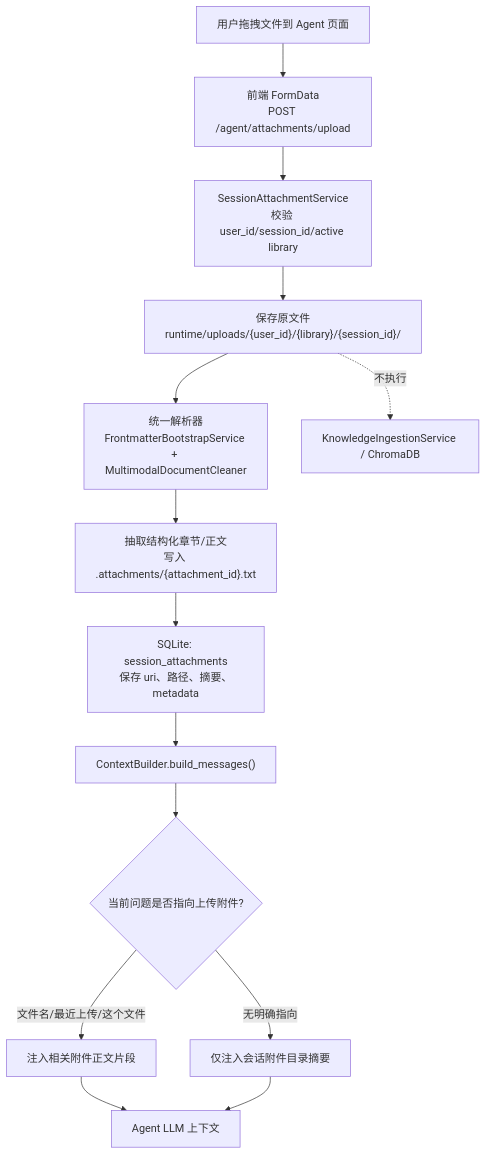
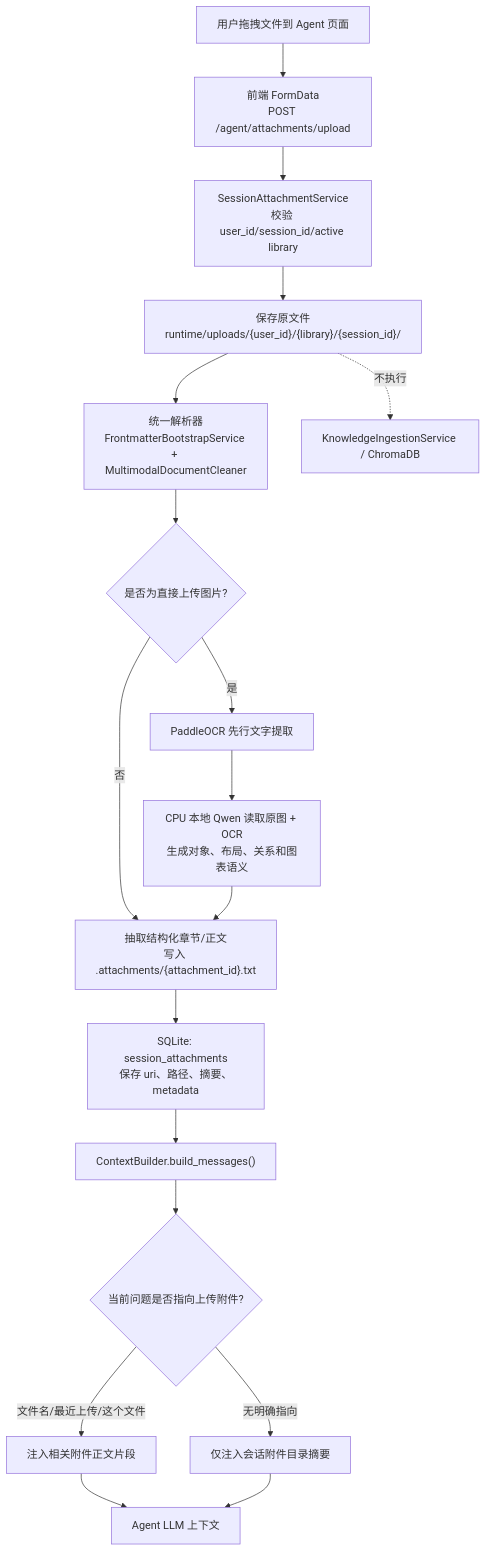
Diagram 20 of 23 in docs/WORKFLOW.md (xiao-Huahuo/Agent-Core-Service), drawn with Mermaid before and after one commit. The commit also changed other lines of this file and 53 other files, not shown here.

````diff
--- a/docs/WORKFLOW.md
+++ b/docs/WORKFLOW.md
@@ -508,16 +511,20 @@
 ```mermaid
 flowchart TD
     A["用户拖拽文件到 Agent 页面"] --> B["前端 FormData<br/>POST /agent/attachments/upload"]
     B --> C["SessionAttachmentService<br/>校验 user_id/session_id/active library"]
     C --> D["保存原文件<br/>runtime/uploads/{user_id}/{library}/{session_id}/"]
     D --> E["统一解析器<br/>FrontmatterBootstrapService + MultimodalDocumentCleaner"]
-    E --> F["抽取结构化章节/正文<br/>写入 .attachments/{attachment_id}.txt"]
+    E --> E1{"是否为直接上传图片?"}
+    E1 -->|"否"| F["抽取结构化章节/正文<br/>写入 .attachments/{attachment_id}.txt"]
+    E1 -->|"是"| V1["PaddleOCR 先行文字提取"]
+    V1 --> V2["CPU 本地 Qwen 读取原图 + OCR<br/>生成对象、布局、关系和图表语义"]
+    V2 --> F
     F --> G["SQLite: session_attachments<br/>保存 uri、路径、摘要、metadata"]
     G --> H["ContextBuilder.build_messages()"]
     H --> I{"当前问题是否指向上传附件?"}
     I -->|"文件名/最近上传/这个文件"| J["注入相关附件正文片段"]
     I -->|"无明确指向"| K["仅注入会话附件目录摘要"]
     J --> L["Agent LLM 上下文"]
     K --> L
     D -. "不执行" .-> M["KnowledgeIngestionService / ChromaDB"]
 ```
````
